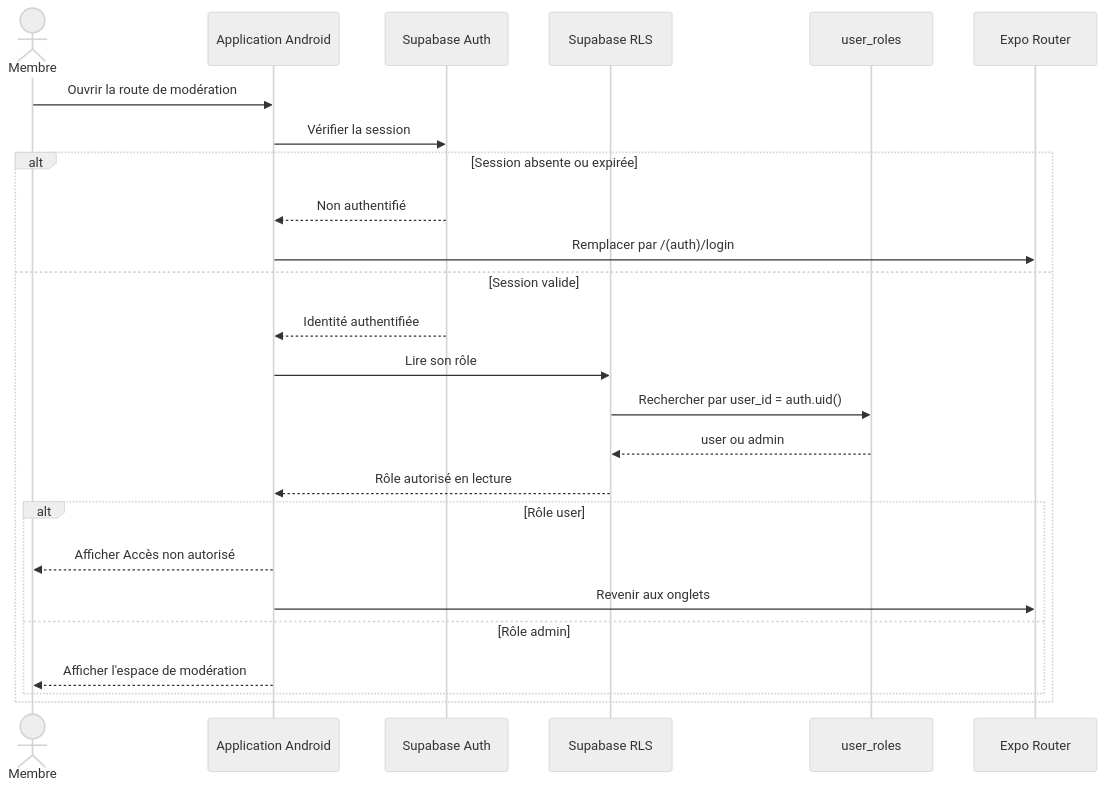
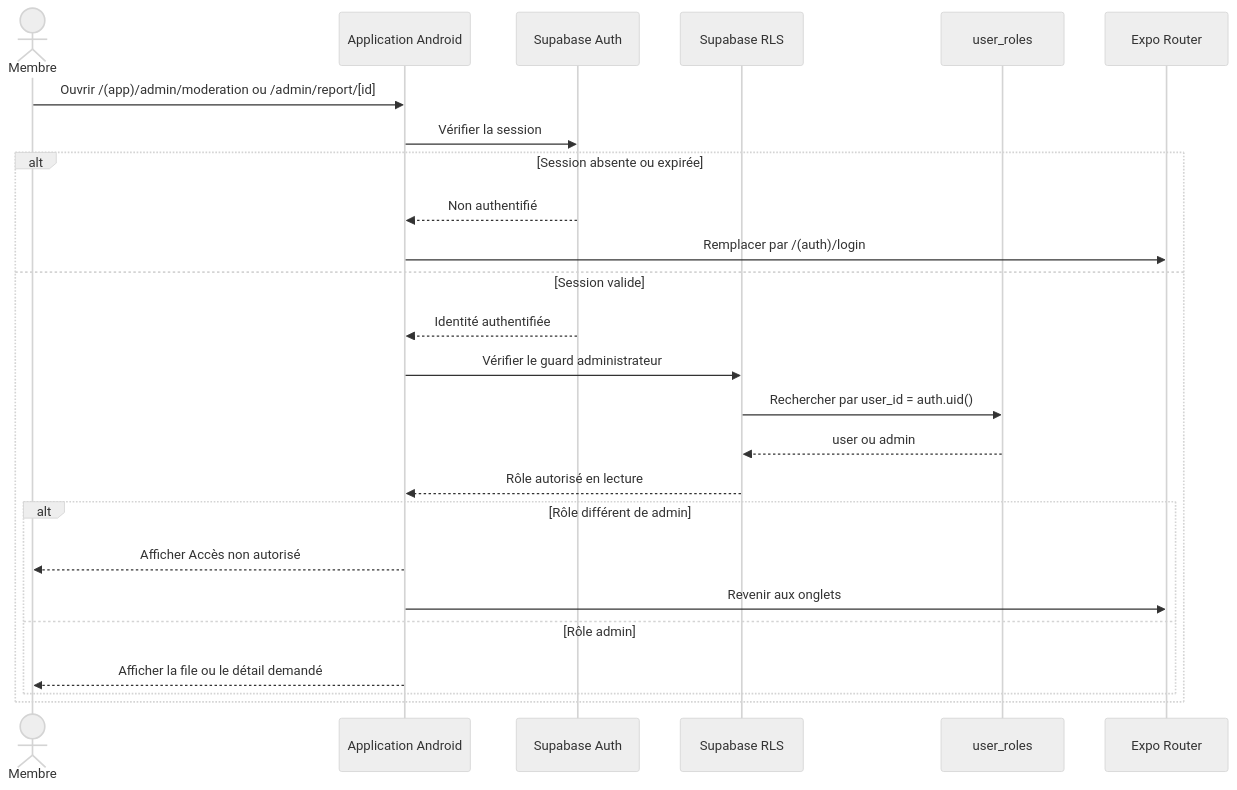
One commit to Loik940/DREPA changed the first of 7 diagrams in docs/sequence-moderation.md. Above: the diagram before and after it, drawn with Mermaid (neutral theme). The commit also changed other lines of this file and 22 other files, not shown here.

````diff
--- a/docs/sequence-moderation.md
+++ b/docs/sequence-moderation.md
@@ -7,28 +7,28 @@
 ```mermaid
 sequenceDiagram
     actor M as Membre
     participant A as Application Android
     participant Auth as Supabase Auth
     participant RLS as Supabase RLS
     participant Roles as user_roles
     participant Router as Expo Router
 
-    M->>A: Ouvrir la route de modération
+    M->>A: Ouvrir /(app)/admin/moderation ou /admin/report/[id]
     A->>Auth: Vérifier la session
     alt Session absente ou expirée
         Auth-->>A: Non authentifié
         A->>Router: Remplacer par /(auth)/login
     else Session valide
         Auth-->>A: Identité authentifiée
-        A->>RLS: Lire son rôle
+        A->>RLS: Vérifier le guard administrateur
         RLS->>Roles: Rechercher par user_id = auth.uid()
         Roles-->>RLS: user ou admin
         RLS-->>A: Rôle autorisé en lecture
-        alt Rôle user
+        alt Rôle différent de admin
             A-->>M: Afficher Accès non autorisé
             A->>Router: Revenir aux onglets
         else Rôle admin
-            A-->>M: Afficher l'espace de modération
+            A-->>M: Afficher la file ou le détail demandé
         end
     end
 ```
````
